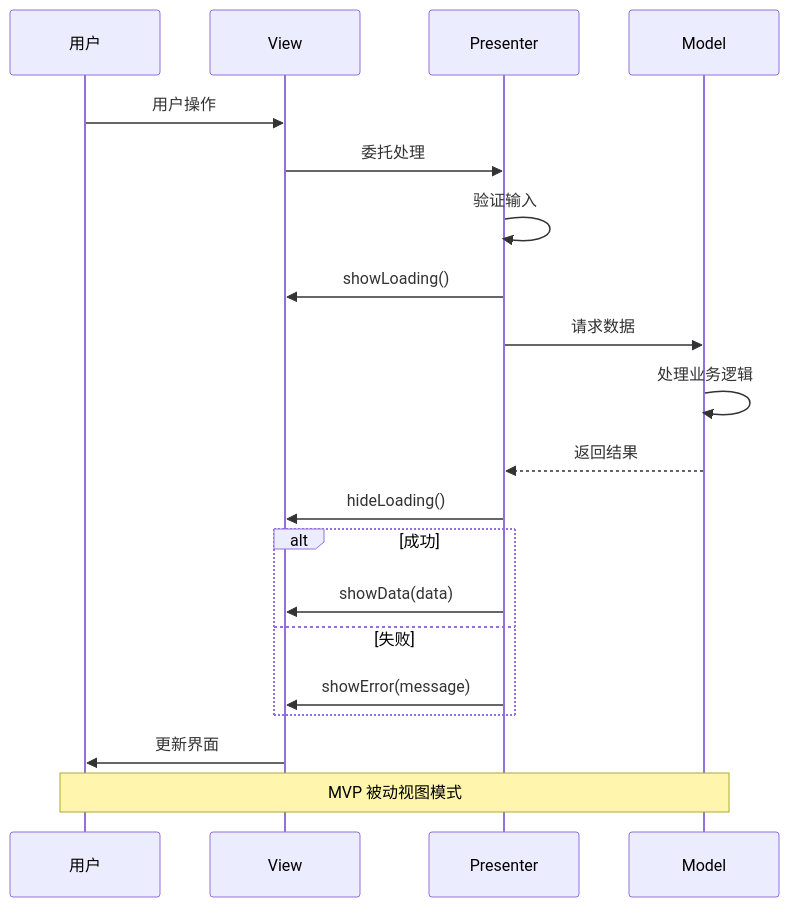
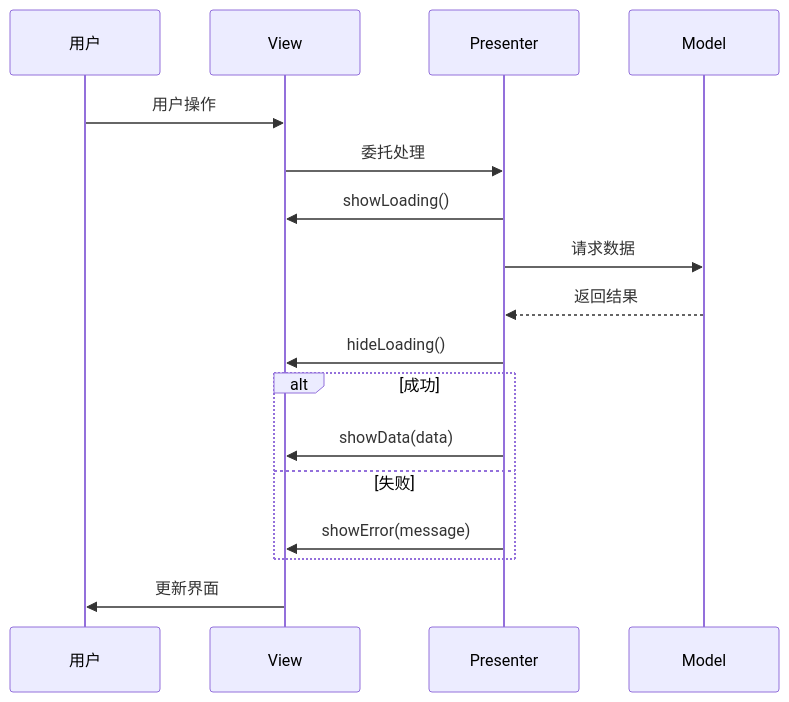
One commit to chongyang211/YCBookBlog changed the tenth of 17 diagrams in 00.通用技术的提升/07.方案设计思想/卷一-架构与组件/01.通用架构设计方案.md. Above: the diagram before and after it, drawn with Mermaid. The commit also changed other lines of this file and 5 other files, not shown here.

````diff
--- a/00.通用技术的提升/07.方案设计思想/卷一-架构与组件/01.通用架构设计方案.md
+++ b/00.通用技术的提升/07.方案设计思想/卷一-架构与组件/01.通用架构设计方案.md
@@ -577,26 +346,22 @@
 ```mermaid
 sequenceDiagram
     participant User as 用户
     participant View as View
     participant Presenter as Presenter
     participant Model as Model
     
     User->>View: 用户操作
     View->>Presenter: 委托处理
-    Presenter->>Presenter: 验证输入
     Presenter->>View: showLoading()
     Presenter->>Model: 请求数据
-    Model->>Model: 处理业务逻辑
     Model-->>Presenter: 返回结果
     Presenter->>View: hideLoading()
     
     alt 成功
         Presenter->>View: showData(data)
     else 失败
         Presenter->>View: showError(message)
     end
     
     View->>User: 更新界面
-    
-    Note over User,Model: MVP 被动视图模式
 ```
````
